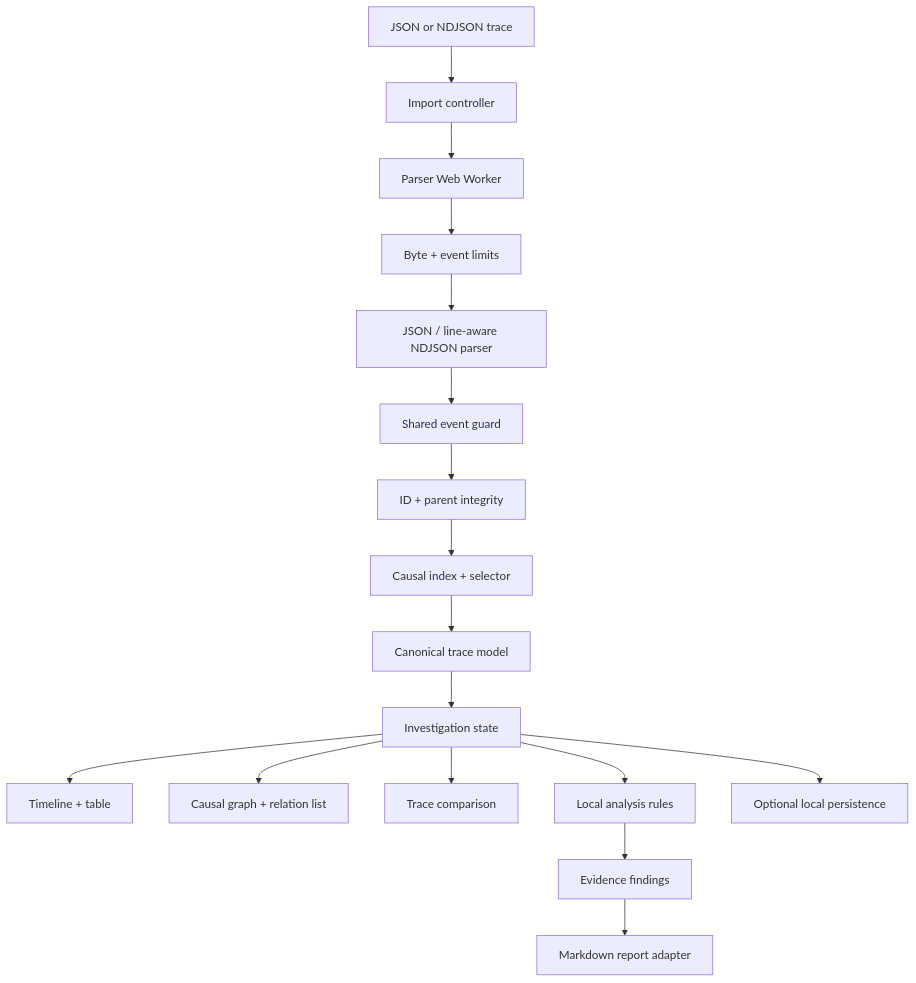
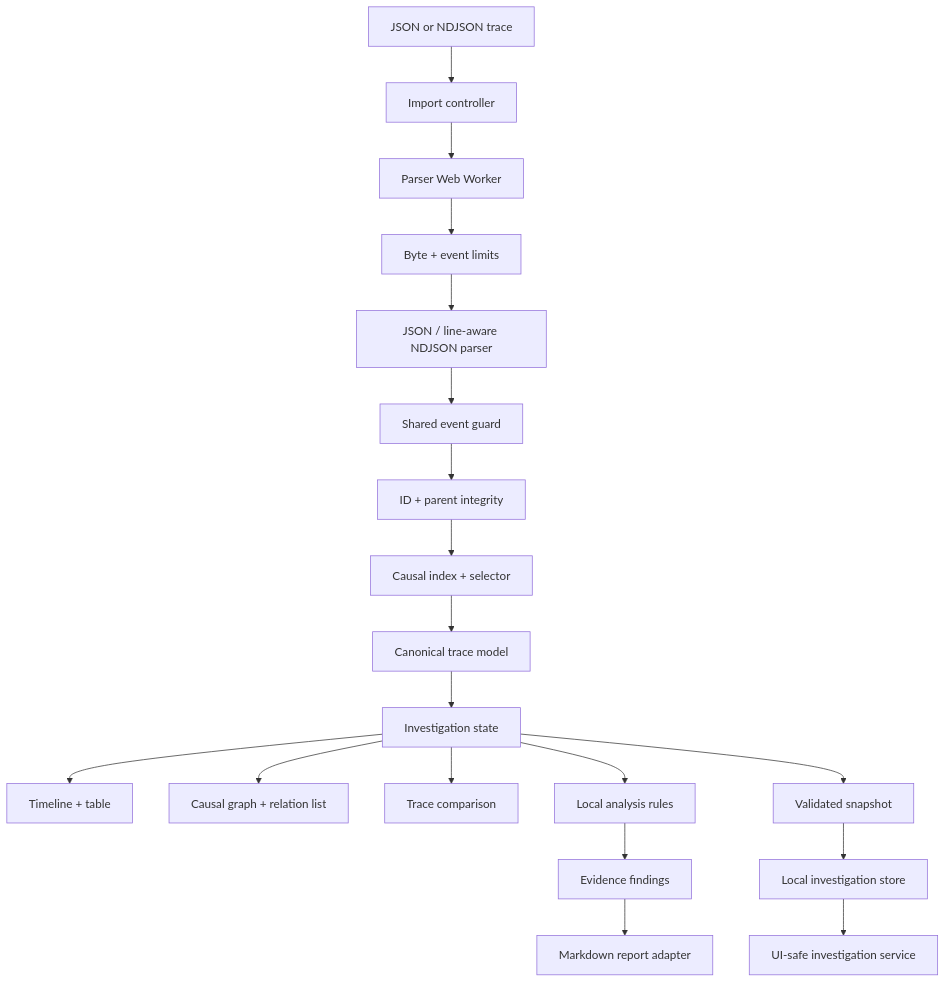
Before and after one commit to ASKR04/JavaScript: the first of 2 diagrams in eventweave/docs/architecture.md, drawn with Mermaid. The commit also changed other lines of this file and 6 other files, not shown here.

Commit message:
feat(eventweave): compose investigation persistence

````diff
--- a/eventweave/docs/architecture.md
+++ b/eventweave/docs/architecture.md
@@ -16,19 +16,21 @@
 ```mermaid
 flowchart TB
     File["JSON or NDJSON trace"] --> UI["Import controller"]
     UI --> Worker["Parser Web Worker"]
     Worker --> Limits["Byte + event limits"]
     Limits --> Syntax["JSON / line-aware NDJSON parser"]
     Syntax --> Guard["Shared event guard"]
     Guard --> Identity["ID + parent integrity"]
     Identity --> Causal["Causal index + selector"]
     Causal --> Normalize["Canonical trace model"]
     Normalize --> Store["Investigation state"]
     Store --> Timeline["Timeline + table"]
     Store --> Graph["Causal graph + relation list"]
     Store --> Compare["Trace comparison"]
     Store --> Heuristics["Local analysis rules"]
     Heuristics --> Findings["Evidence findings"]
     Findings --> Report["Markdown report adapter"]
-    Store --> IndexedDB["Optional local persistence"]
+    Store --> Snapshot["Validated snapshot"]
+    Snapshot --> IndexedDB["Local investigation store"]
+    IndexedDB --> Service["UI-safe investigation service"]
 ```
````
